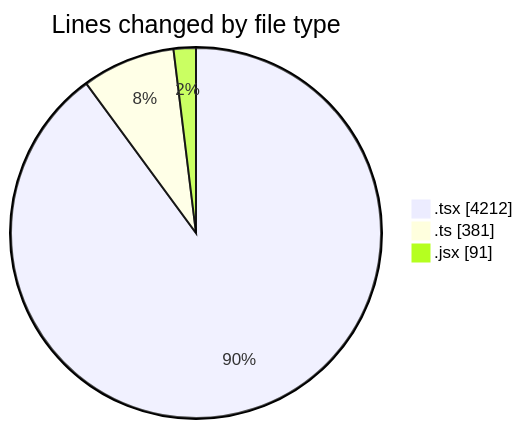
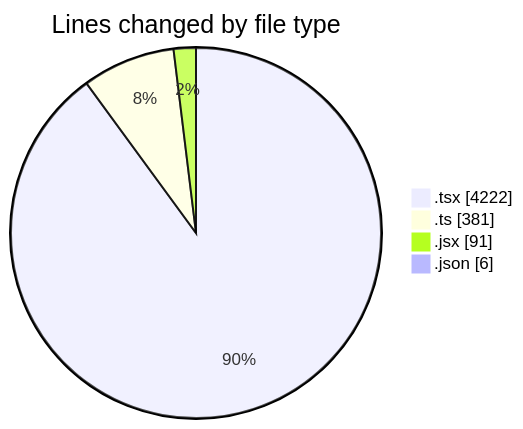
Before and after one commit to momahboobian/code-tracking: the first of 2 diagrams in 2026-04-27/cda/README.md, drawn with Mermaid. The commit also changed other lines of this file and 1 other file, not shown here.

````diff
--- a/2026-04-27/cda/README.md
+++ b/2026-04-27/cda/README.md
@@ -38,7 +39,8 @@
 ```mermaid
 pie showData
 title Lines changed by file type
-".tsx" : 4212
+".tsx" : 4222
 ".ts" : 381
 ".jsx" : 91
+".json" : 6
 ```
````
